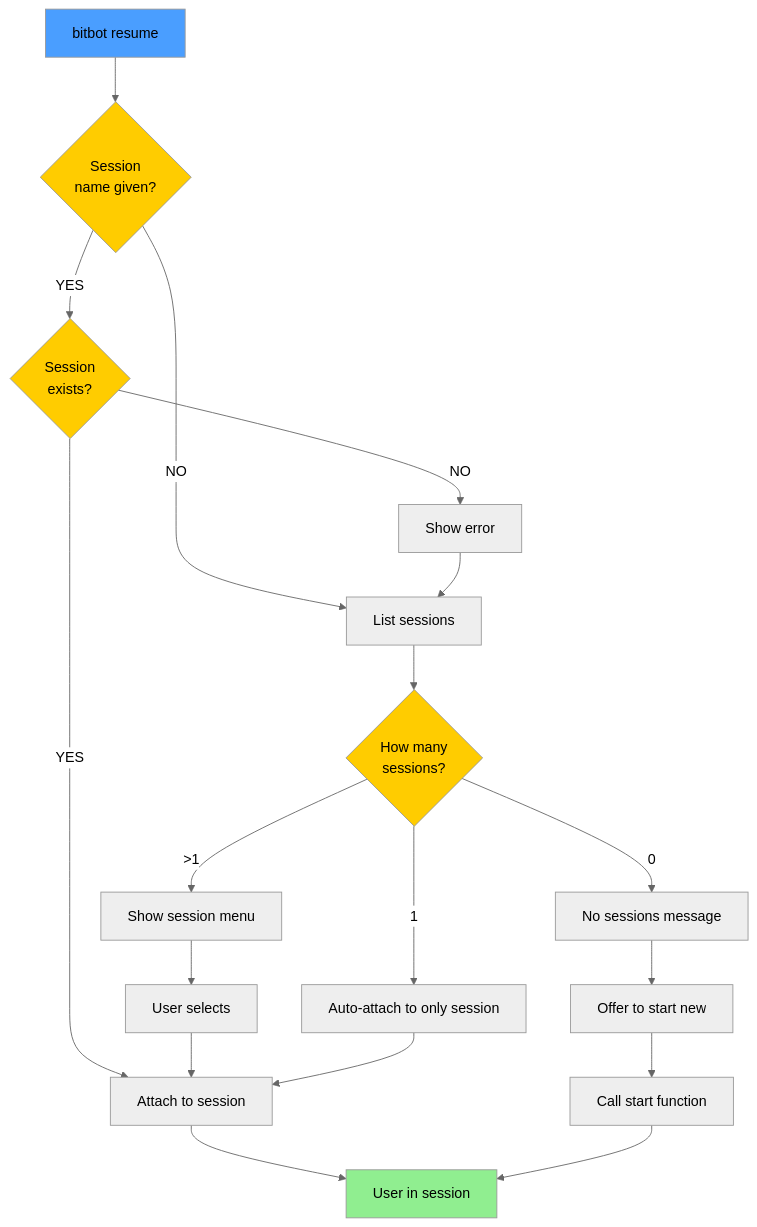
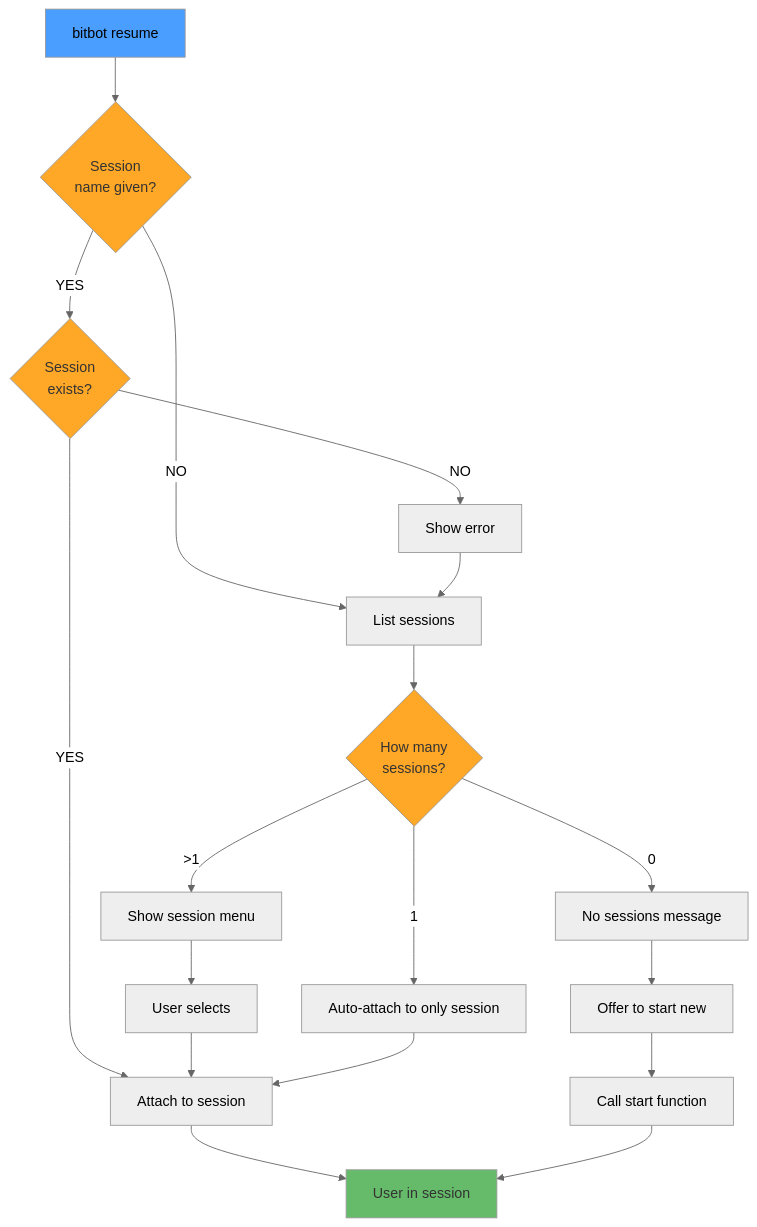
Before and after one commit to ManuelKugelmann/BitBot: the third of 5 diagrams in sparc/2-pseudocode/FLOW_INNER_BITBOT.md, drawn with Mermaid (neutral theme). The commit also changed other lines of this file, not shown here.

First line of the commit message:
Update colors in FLOW_INNER_BITBOT pseudocode diagrams

````diff
--- a/sparc/2-pseudocode/FLOW_INNER_BITBOT.md
+++ b/sparc/2-pseudocode/FLOW_INNER_BITBOT.md
@@ -97,33 +97,33 @@
 ```mermaid
 flowchart TD
     Cmd[bitbot resume] --> CheckName{Session<br/>name given?}
 
     CheckName -->|YES| TryAttach{Session<br/>exists?}
     CheckName -->|NO| List[List sessions]
 
     TryAttach -->|YES| Attach[Attach to session]
     TryAttach -->|NO| Error[Show error]
     Error --> List
 
     List --> Count{How many<br/>sessions?}
 
     Count -->|0| None[No sessions message]
     Count -->|1| Auto[Auto-attach to only session]
     Count -->|>1| Menu[Show session menu]
 
     None --> NewOpt[Offer to start new]
     NewOpt --> Start[Call start function]
 
     Menu --> Select[User selects]
     Select --> Attach
 
     Auto --> Attach
     Attach --> Done[User in session]
     Start --> Done
 
     style Cmd fill:#4a9eff
-    style CheckName fill:#ffcc00
-    style TryAttach fill:#ffcc00
-    style Count fill:#ffcc00
-    style Done fill:#90ee90
+    style CheckName fill:#ffa726,color:#333
+    style TryAttach fill:#ffa726,color:#333
+    style Count fill:#ffa726,color:#333
+    style Done fill:#66bb6a,color:#333
 ```
````
